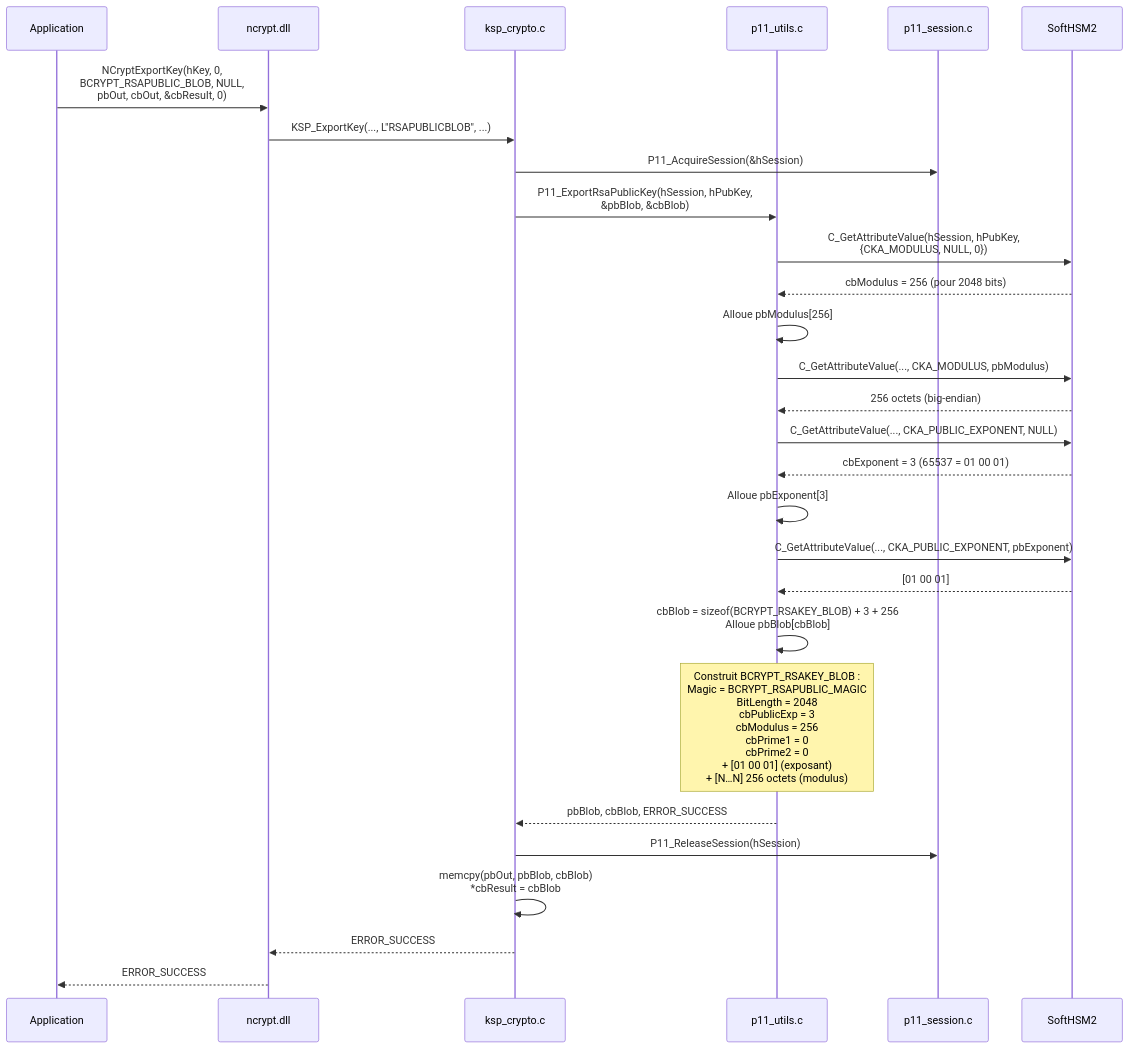
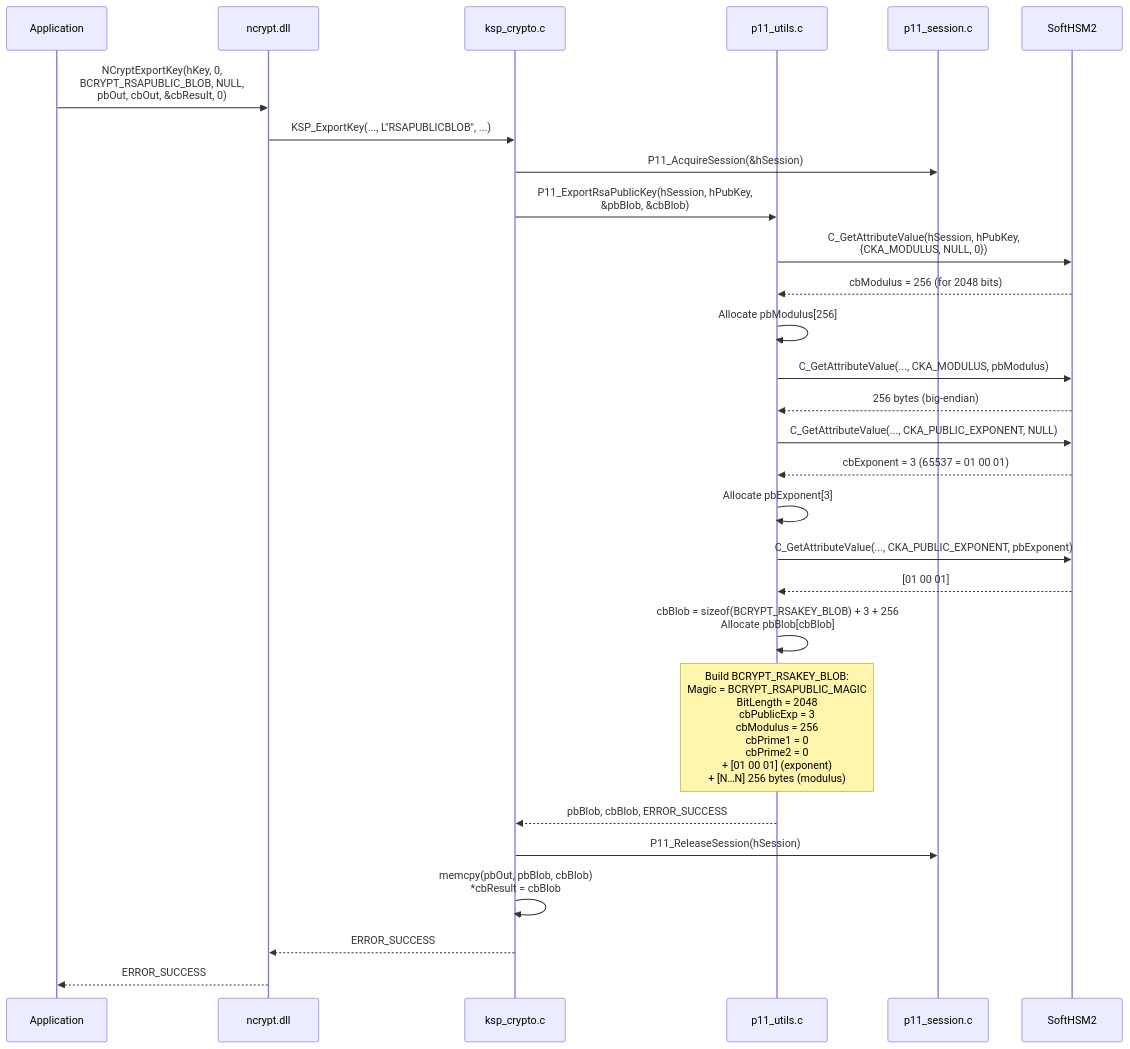
Before and after one commit to Gaillotte/Noida: the fifth of 7 diagrams in softhsm_ksp/docs/04-operations-crypto.md, drawn with Mermaid. The commit also changed other lines of this file and 9 other files, not shown here.

````diff
--- a/softhsm_ksp/docs/04-operations-crypto.md
+++ b/softhsm_ksp/docs/04-operations-crypto.md
@@ -240,42 +240,42 @@
 ```mermaid
 sequenceDiagram
     participant App as Application
     participant NCrypt as ncrypt.dll
     participant KSP as ksp_crypto.c
     participant Utils as p11_utils.c
     participant Session as p11_session.c
     participant HSM as SoftHSM2
 
     App->>NCrypt: NCryptExportKey(hKey, 0,<br/>BCRYPT_RSAPUBLIC_BLOB, NULL,<br/>pbOut, cbOut, &cbResult, 0)
     NCrypt->>KSP: KSP_ExportKey(..., L"RSAPUBLICBLOB", ...)
 
     KSP->>Session: P11_AcquireSession(&hSession)
 
     KSP->>Utils: P11_ExportRsaPublicKey(hSession, hPubKey,<br/>&pbBlob, &cbBlob)
 
     Utils->>HSM: C_GetAttributeValue(hSession, hPubKey,<br/>  {CKA_MODULUS, NULL, 0})
-    HSM-->>Utils: cbModulus = 256 (pour 2048 bits)
+    HSM-->>Utils: cbModulus = 256 (for 2048 bits)
 
-    Utils->>Utils: Alloue pbModulus[256]
+    Utils->>Utils: Allocate pbModulus[256]
     Utils->>HSM: C_GetAttributeValue(..., CKA_MODULUS, pbModulus)
-    HSM-->>Utils: 256 octets (big-endian)
+    HSM-->>Utils: 256 bytes (big-endian)
 
     Utils->>HSM: C_GetAttributeValue(..., CKA_PUBLIC_EXPONENT, NULL)
     HSM-->>Utils: cbExponent = 3 (65537 = 01 00 01)
 
-    Utils->>Utils: Alloue pbExponent[3]
+    Utils->>Utils: Allocate pbExponent[3]
     Utils->>HSM: C_GetAttributeValue(..., CKA_PUBLIC_EXPONENT, pbExponent)
     HSM-->>Utils: [01 00 01]
 
-    Utils->>Utils: cbBlob = sizeof(BCRYPT_RSAKEY_BLOB) + 3 + 256<br/>Alloue pbBlob[cbBlob]
+    Utils->>Utils: cbBlob = sizeof(BCRYPT_RSAKEY_BLOB) + 3 + 256<br/>Allocate pbBlob[cbBlob]
 
-    note over Utils: Construit BCRYPT_RSAKEY_BLOB :<br/>Magic       = BCRYPT_RSAPUBLIC_MAGIC<br/>BitLength   = 2048<br/>cbPublicExp = 3<br/>cbModulus   = 256<br/>cbPrime1    = 0<br/>cbPrime2    = 0<br/>+ [01 00 01] (exposant)<br/>+ [N…N] 256 octets (modulus)
+    note over Utils: Build BCRYPT_RSAKEY_BLOB:<br/>Magic       = BCRYPT_RSAPUBLIC_MAGIC<br/>BitLength   = 2048<br/>cbPublicExp = 3<br/>cbModulus   = 256<br/>cbPrime1    = 0<br/>cbPrime2    = 0<br/>+ [01 00 01] (exponent)<br/>+ [N…N] 256 bytes (modulus)
 
     Utils-->>KSP: pbBlob, cbBlob, ERROR_SUCCESS
     KSP->>Session: P11_ReleaseSession(hSession)
 
     KSP->>KSP: memcpy(pbOut, pbBlob, cbBlob)<br/>*cbResult = cbBlob
 
     KSP-->>NCrypt: ERROR_SUCCESS
     NCrypt-->>App: ERROR_SUCCESS
 ```
````
